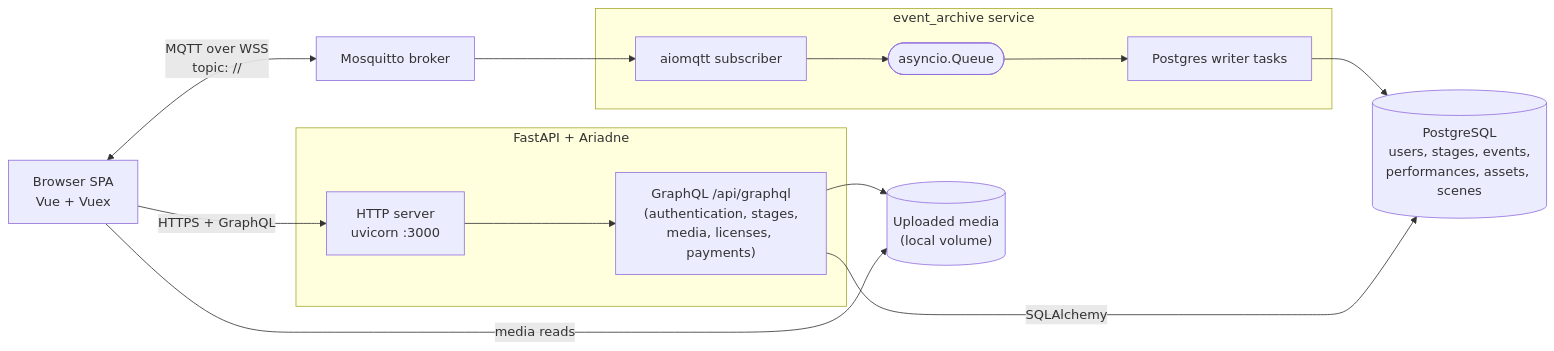
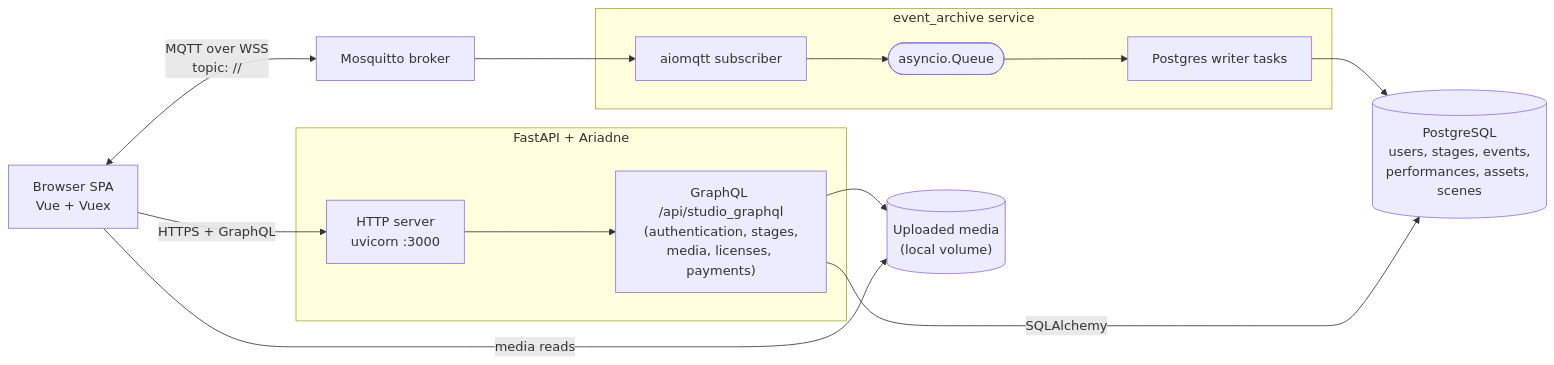
One commit to upstage-org/upstage_backend changed the first of 4 diagrams in DEVELOPER_GUIDE.md. Above: the diagram before and after it, drawn with Mermaid. The commit also changed other lines of this file and 25 other files, not shown here.

````diff
--- a/DEVELOPER_GUIDE.md
+++ b/DEVELOPER_GUIDE.md
@@ -21,28 +21,28 @@
 ```mermaid
 flowchart LR
   Browser["Browser SPA<br/>Vue + Vuex"]
 
   subgraph backend ["FastAPI + Ariadne"]
     HTTP["HTTP server<br/>uvicorn :3000"]
-    GQL["GraphQL /api/graphql<br/>(authentication, stages,<br/>media, licenses, payments)"]
+    GQL["GraphQL /api/studio_graphql<br/>(authentication, stages,<br/>media, licenses, payments)"]
     HTTP --> GQL
   end
 
   MQTT["Mosquitto broker"]
 
   subgraph archive ["event_archive service"]
     Sub["aiomqtt subscriber"]
     Q(["asyncio.Queue"])
     Wr["Postgres writer tasks"]
   end
 
   PG[("PostgreSQL<br/>users, stages, events,<br/>performances, assets, scenes")]
   Files[("Uploaded media<br/>(local volume)")]
 
   Browser -->|"HTTPS + GraphQL"| HTTP
   Browser <-->|"MQTT over WSS<br/>topic: <namespace>/<stageUrl>/<topic>"| MQTT
   MQTT --> Sub --> Q --> Wr --> PG
   GQL -->|"SQLAlchemy"| PG
   GQL --> Files
   Browser -->|"media reads"| Files
 ```
````
